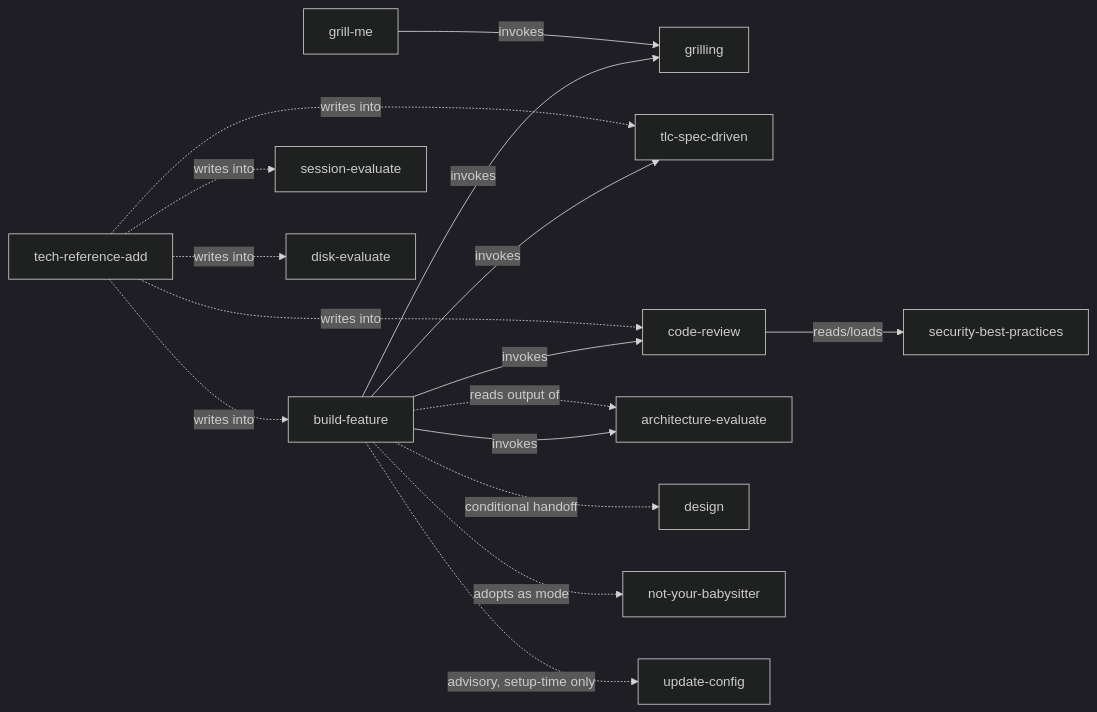
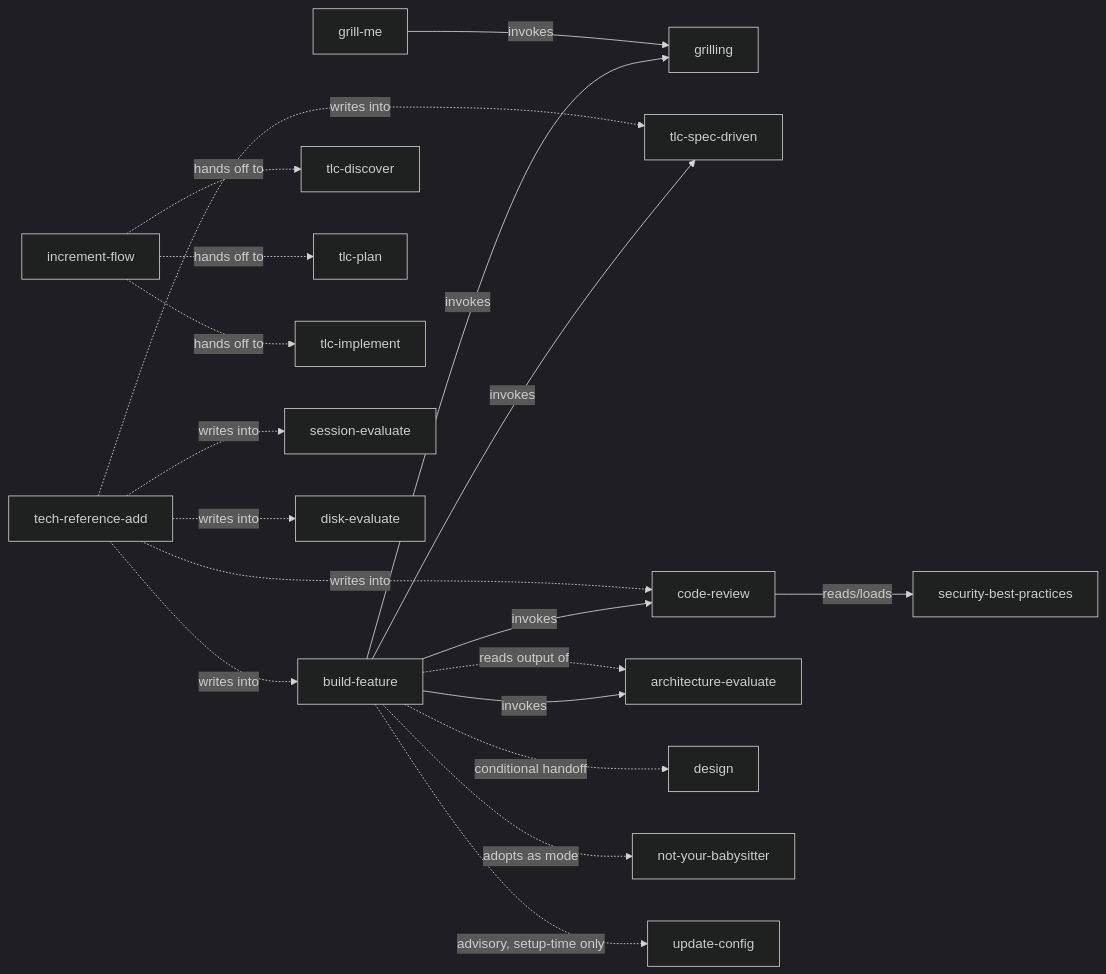
The diagram in docs/skills-dependency.md (flaviosv/ai-coding-tooling), drawn with Mermaid (dark theme) before and after one commit. The commit also changed other lines of this file and 9 other files, not shown here.

First line of the commit message:
feat(increment-flow): run a research as numbered increments with a validated pending.md

````diff
--- a/docs/skills-dependency.md
+++ b/docs/skills-dependency.md
@@ -18,21 +19,25 @@
 ```mermaid
 graph LR
     build-feature -->|invokes| grilling
     build-feature -->|invokes| tlc-spec-driven
     build-feature -->|invokes| code-review
     build-feature -->|invokes| architecture-evaluate
     build-feature -.->|conditional handoff| design
     build-feature -.->|adopts as mode| not-your-babysitter
     build-feature -.->|advisory, setup-time only| update-config
     build-feature -.->|reads output of| architecture-evaluate
 
     code-review -->|reads/loads| security-best-practices
 
     grill-me -->|invokes| grilling
 
+    increment-flow -.->|hands off to| tlc-discover
+    increment-flow -.->|hands off to| tlc-plan
+    increment-flow -.->|hands off to| tlc-implement
+
     tech-reference-add -.->|writes into| code-review
     tech-reference-add -.->|writes into| tlc-spec-driven
     tech-reference-add -.->|writes into| build-feature
     tech-reference-add -.->|writes into| session-evaluate
     tech-reference-add -.->|writes into| disk-evaluate
 ```
````
